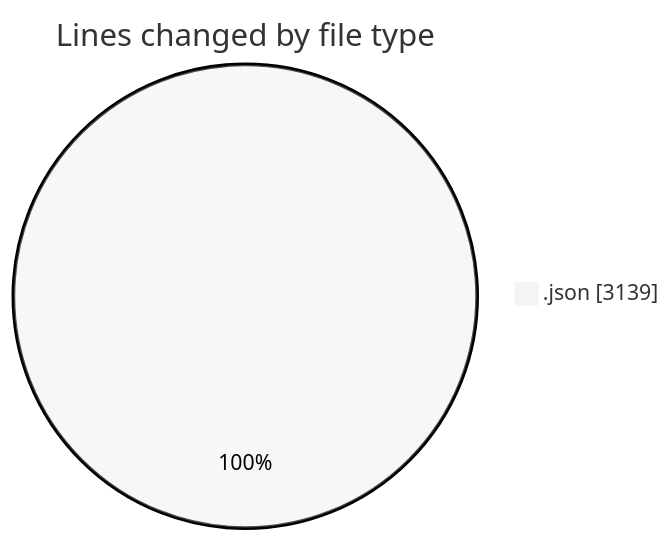
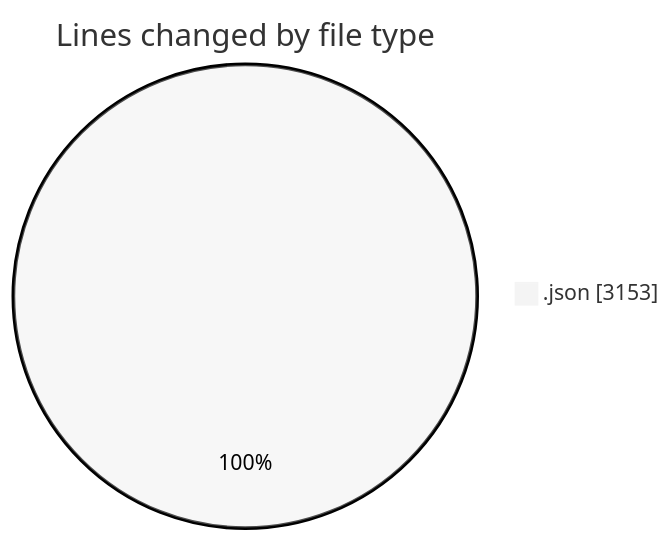
The first of 2 diagrams in 2025-08-10/_claude/README.md (EIIisD/code-tracking), drawn with Mermaid (neutral theme) before and after one commit. The commit also changed other lines of this file and 1 other file, not shown here.

````diff
--- a/2025-08-10/_claude/README.md
+++ b/2025-08-10/_claude/README.md
@@ -21,5 +21,5 @@
 ```mermaid
 pie showData
 title Lines changed by file type
-".json" : 3139
+".json" : 3153
 ```
````
